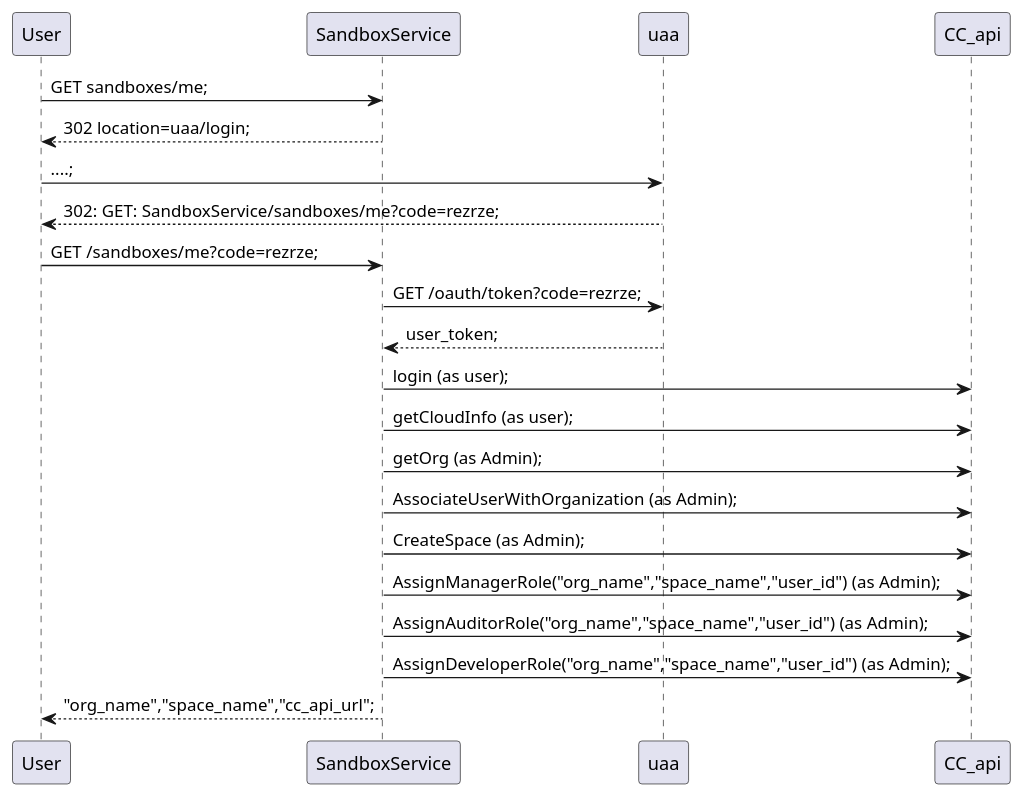
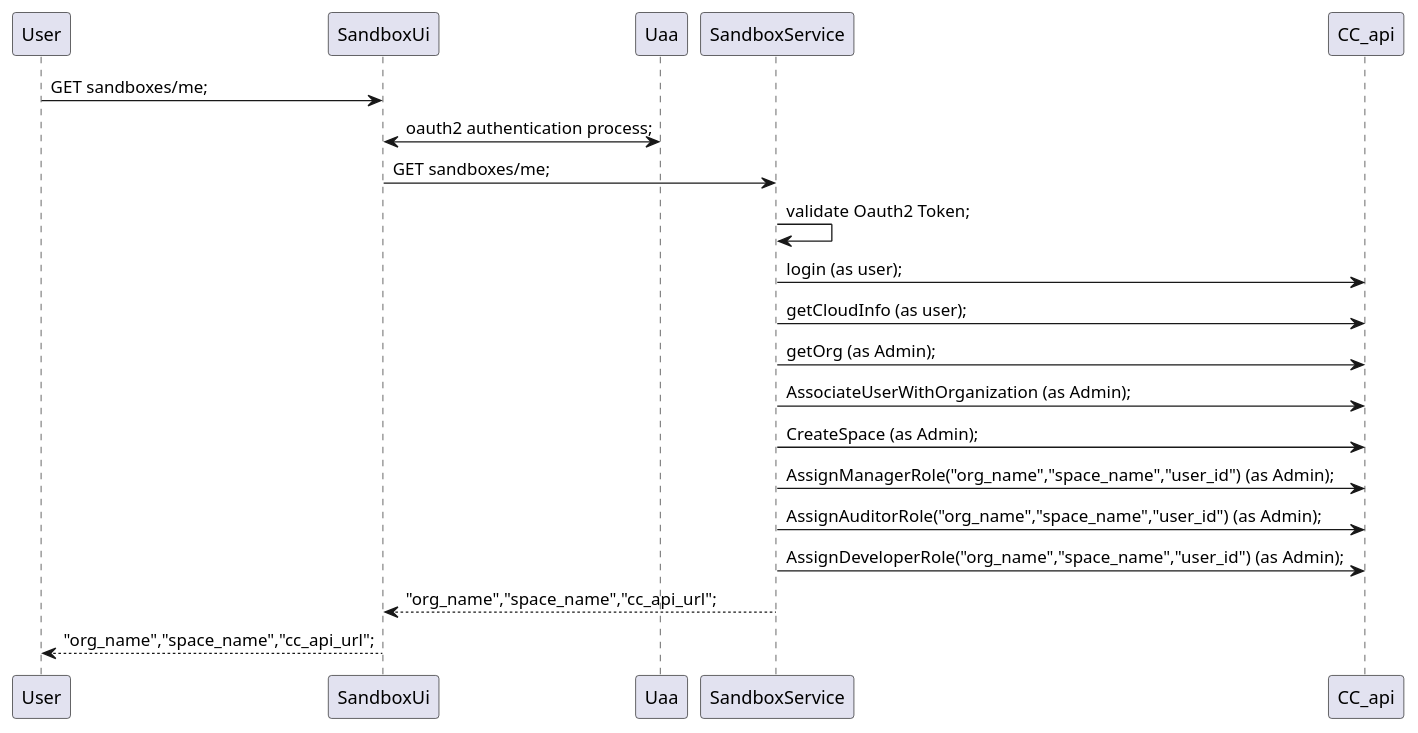
Before and after one commit to Orange-OpenSource/elpaaso-sandbox-service: the diagram in README.md, drawn with PlantUML. The commit also changed other lines of this file, not shown here.

```diff
--- a/README.md
+++ b/README.md
@@ -49,18 +50,16 @@
-@startuml
-User -> SandboxService: GET sandboxes/me;
-User <-- SandboxService: 302 location=uaa/login;
-User -> uaa: ....;
-User <-- uaa: 302: GET: SandboxService/sandboxes/me?code=rezrze;
-User -> SandboxService : GET /sandboxes/me?code=rezrze;
-SandboxService -> uaa : GET /oauth/token?code=rezrze;
-SandboxService <-- uaa : user_token;
+@startuml;
+User -> SandboxUi: GET sandboxes/me;
+SandboxUi <-> Uaa: oauth2 authentication process;
+SandboxUi -> SandboxService: GET sandboxes/me;
+SandboxService -> SandboxService : validate Oauth2 Token;
 SandboxService -> CC_api: login (as user);
 SandboxService -> CC_api: getCloudInfo (as user);
 SandboxService -> CC_api: getOrg (as Admin);
 SandboxService -> CC_api: AssociateUserWithOrganization (as Admin);
 SandboxService -> CC_api: CreateSpace (as Admin);
 SandboxService -> CC_api: AssignManagerRole("org_name","space_name","user_id") (as Admin);
 SandboxService -> CC_api: AssignAuditorRole("org_name","space_name","user_id") (as Admin);
 SandboxService -> CC_api: AssignDeveloperRole("org_name","space_name","user_id") (as Admin);
-User <-- SandboxService: "org_name","space_name","cc_api_url";
+SandboxUi <-- SandboxService: "org_name","space_name","cc_api_url";
+User <-- SandboxUi: "org_name","space_name","cc_api_url";
 @enduml)
```
